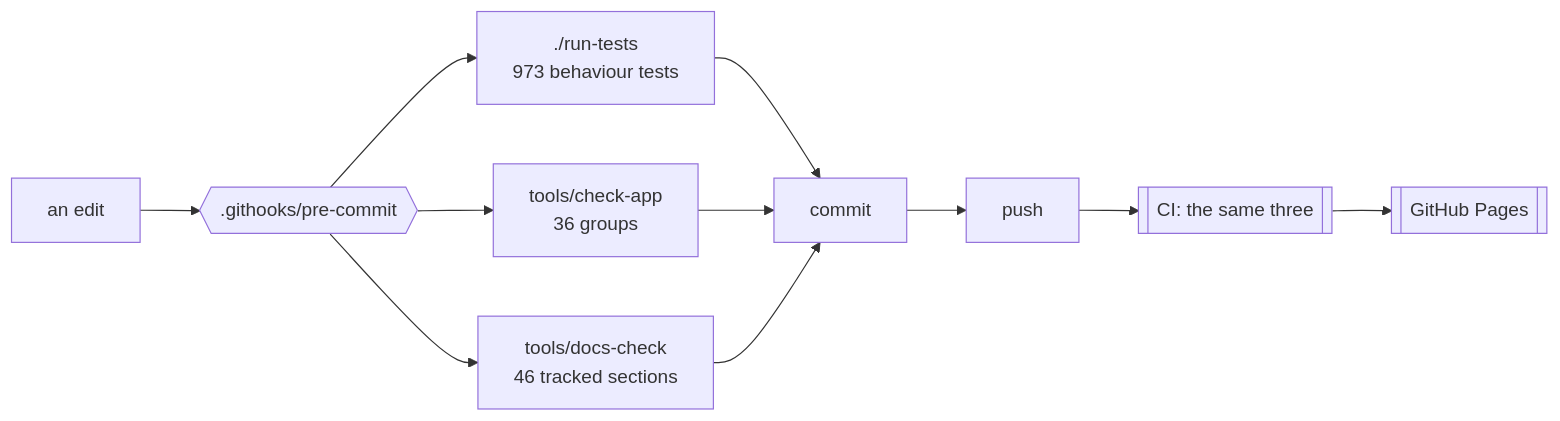
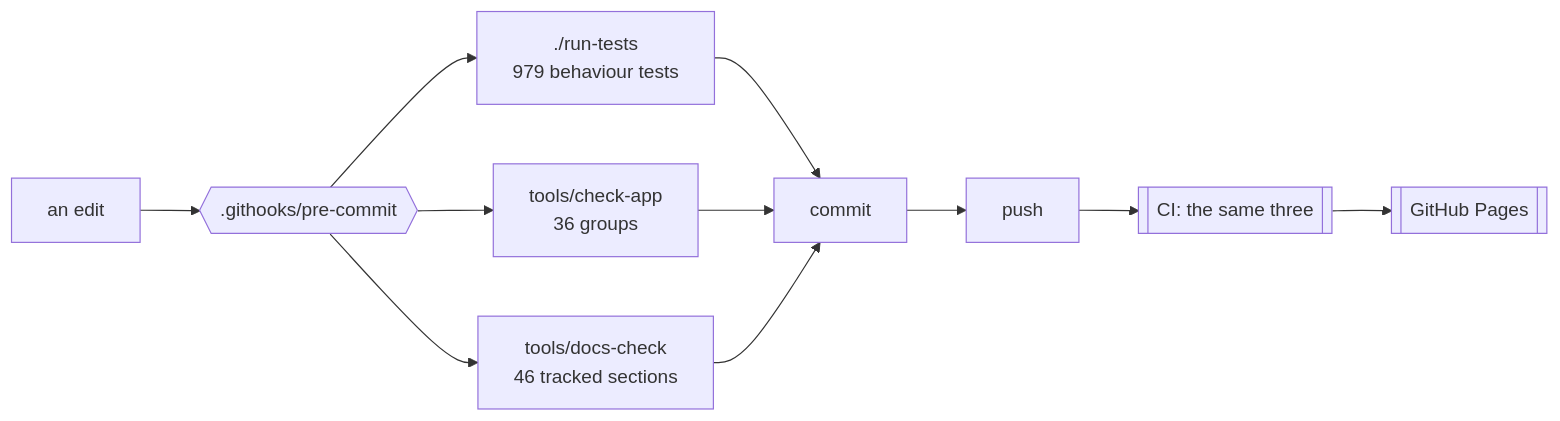
Before and after one commit to minormending/crystal-pilot-mobile: the first of 3 diagrams in docs/DEVELOPING.md, drawn with Mermaid. The commit also changed other lines of this file and 7 other files, not shown here.

````diff
--- a/docs/DEVELOPING.md
+++ b/docs/DEVELOPING.md
@@ -15,12 +15,12 @@
 ```mermaid
 flowchart LR
     E[an edit] --> H{{".githooks/pre-commit"}}
-    H --> T["./run-tests<br/>973 behaviour tests"]
+    H --> T["./run-tests<br/>979 behaviour tests"]
     H --> C["tools/check-app<br/>36 groups"]
     H --> D["tools/docs-check<br/>46 tracked sections"]
     T --> OK[commit]
     C --> OK
     D --> OK
     OK --> P[push] --> CI[["CI: the same three"]]
     CI --> PG[[GitHub Pages]]
 ```
````
